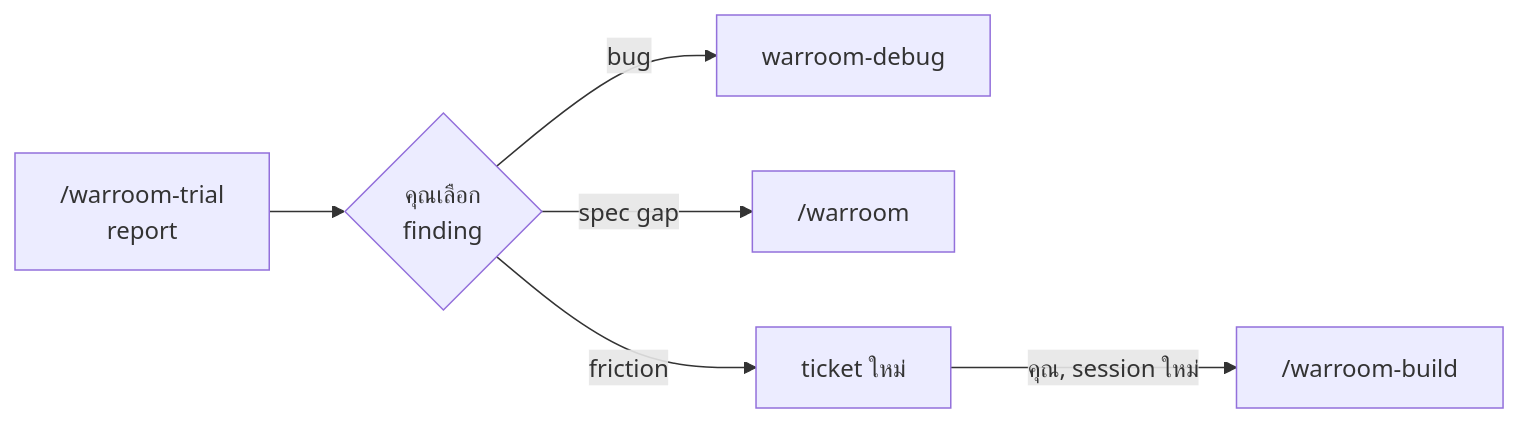
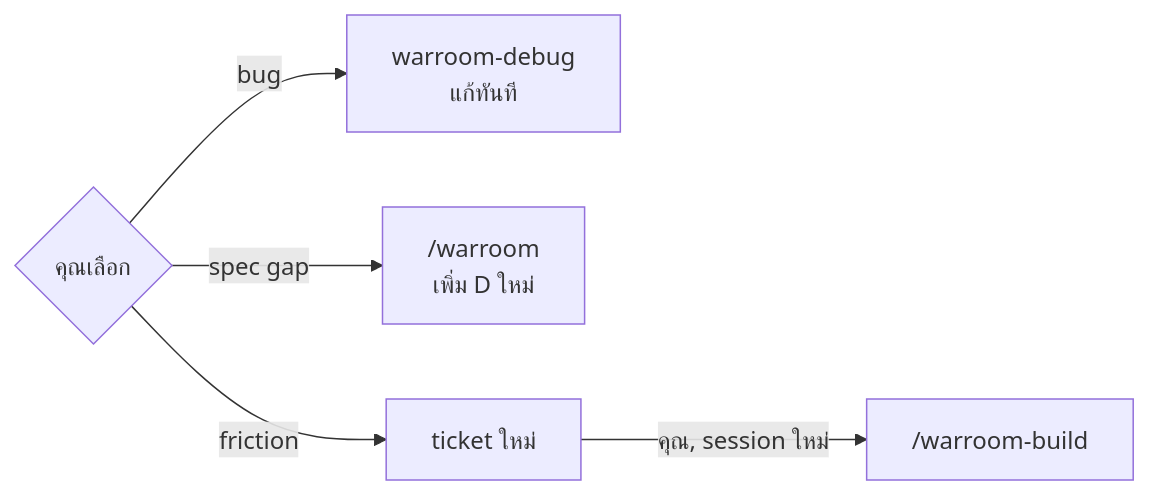
One commit to mousemouse094526/kiki-kit changed the eighth of 8 diagrams in docs/flow.th.md. Above: the diagram before and after it, drawn with Mermaid. The commit also changed other lines of this file and 1 other file, not shown here.

Commit message:
docs(flow): per-skill flows with steps, glossary, and what you type

````diff
--- a/docs/flow.th.md
+++ b/docs/flow.th.md
@@ -61,15 +248,13 @@
 ```mermaid
 flowchart LR
-    TR["/warroom-trial<br/>report"]
-    P{"คุณเลือก<br/>finding"}
-    D["warroom-debug"]
-    W["/warroom"]
+    P{"คุณเลือก"}
+    D["warroom-debug<br/>แก้ทันที"]
+    W["/warroom<br/>เพิ่ม D ใหม่"]
     NT["ticket ใหม่"]
     B["/warroom-build"]
 
-    TR --> P
     P -->|bug| D
     P -->|spec gap| W
     P -->|friction| NT
     NT -->|คุณ, session ใหม่| B
 ```
````
